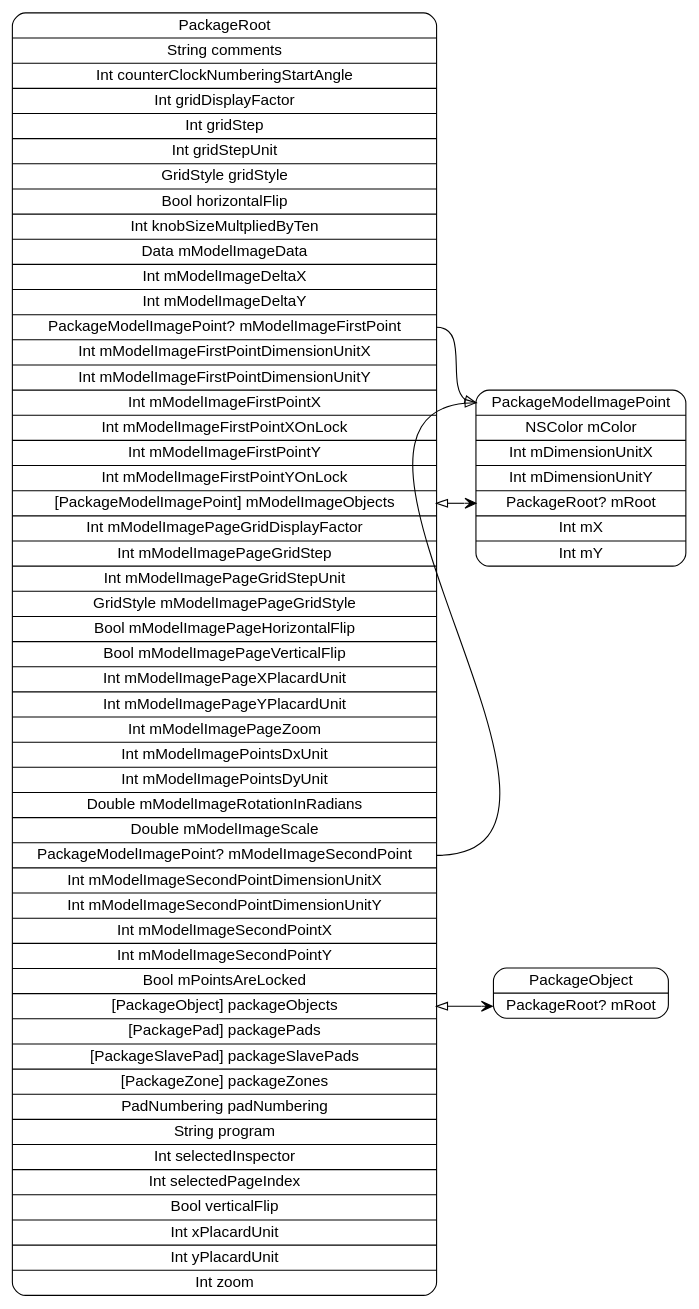
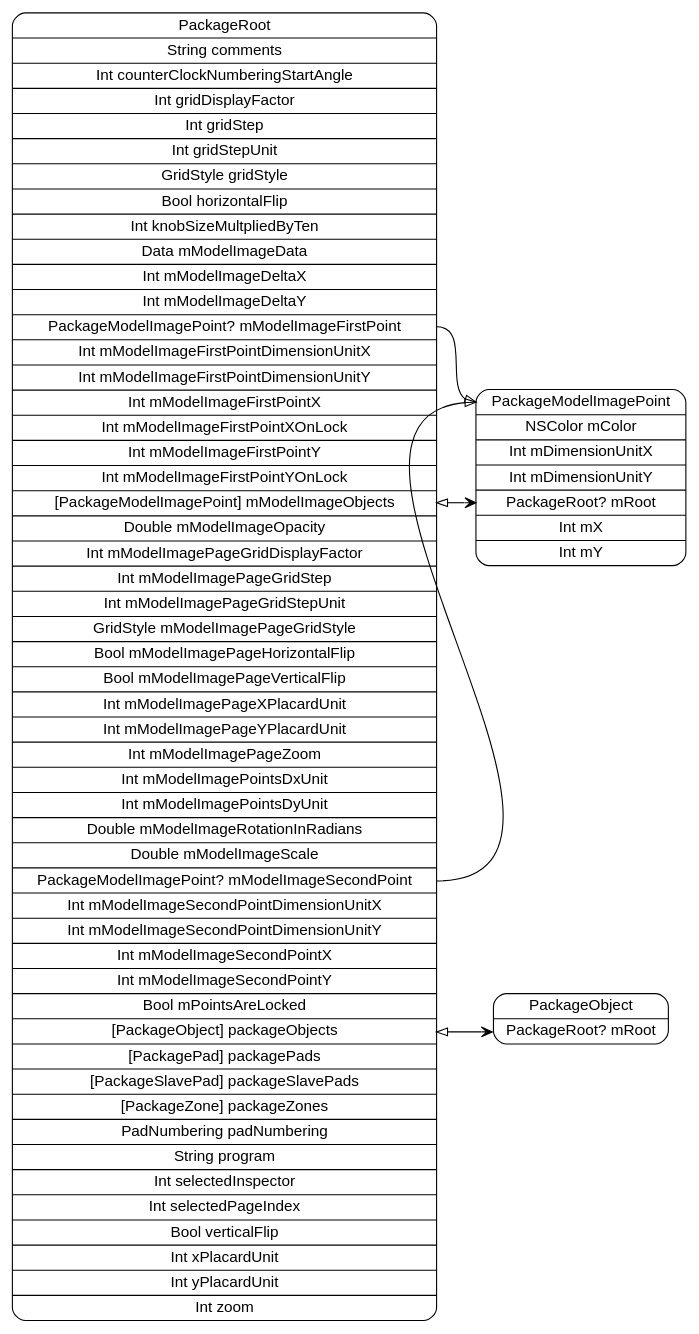
Before and after one commit to pierremolinaro/ElCanari-dev: the diagram in models/PackageRoot.dot, drawn with Graphviz. The commit also changed 18 other files, not shown here.

Commit message:
Package model image : added opacity binding

```diff
--- a/models/PackageRoot.dot
+++ b/models/PackageRoot.dot
@@ -1,11 +1,11 @@
 digraph G {
   rankdir=LR ;
   node [shape=record fontname=helvetica style=rounded] ;
-  PackageRoot[label="<PackageRoot>PackageRoot|String comments|Int counterClockNumberingStartAngle|Int gridDisplayFactor|Int gridStep|Int gridStepUnit|GridStyle gridStyle|Bool horizontalFlip|Int knobSizeMultpliedByTen|Data mModelImageData|Int mModelImageDeltaX|Int mModelImageDeltaY|<mModelImageFirstPoint>PackageModelImagePoint? mModelImageFirstPoint|Int mModelImageFirstPointDimensionUnitX|Int mModelImageFirstPointDimensionUnitY|Int mModelImageFirstPointX|Int mModelImageFirstPointXOnLock|Int mModelImageFirstPointY|Int mModelImageFirstPointYOnLock|<mModelImageObjects>[PackageModelImagePoint] mModelImageObjects|Int mModelImagePageGridDisplayFactor|Int mModelImagePageGridStep|Int mModelImagePageGridStepUnit|GridStyle mModelImagePageGridStyle|Bool mModelImagePageHorizontalFlip|Bool mModelImagePageVerticalFlip|Int mModelImagePageXPlacardUnit|Int mModelImagePageYPlacardUnit|Int mModelImagePageZoom|Int mModelImagePointsDxUnit|Int mModelImagePointsDyUnit|Double mModelImageRotationInRadians|Double mModelImageScale|<mModelImageSecondPoint>PackageModelImagePoint? mModelImageSecondPoint|Int mModelImageSecondPointDimensionUnitX|Int mModelImageSecondPointDimensionUnitY|Int mModelImageSecondPointX|Int mModelImageSecondPointY|Bool mPointsAreLocked|<packageObjects>[PackageObject] packageObjects|<packagePads>[PackagePad] packagePads|<packageSlavePads>[PackageSlavePad] packageSlavePads|<packageZones>[PackageZone] packageZones|PadNumbering padNumbering|String program|Int selectedInspector|Int selectedPageIndex|Bool verticalFlip|Int xPlacardUnit|Int yPlacardUnit|Int zoom"] ;
+  PackageRoot[label="<PackageRoot>PackageRoot|String comments|Int counterClockNumberingStartAngle|Int gridDisplayFactor|Int gridStep|Int gridStepUnit|GridStyle gridStyle|Bool horizontalFlip|Int knobSizeMultpliedByTen|Data mModelImageData|Int mModelImageDeltaX|Int mModelImageDeltaY|<mModelImageFirstPoint>PackageModelImagePoint? mModelImageFirstPoint|Int mModelImageFirstPointDimensionUnitX|Int mModelImageFirstPointDimensionUnitY|Int mModelImageFirstPointX|Int mModelImageFirstPointXOnLock|Int mModelImageFirstPointY|Int mModelImageFirstPointYOnLock|<mModelImageObjects>[PackageModelImagePoint] mModelImageObjects|Double mModelImageOpacity|Int mModelImagePageGridDisplayFactor|Int mModelImagePageGridStep|Int mModelImagePageGridStepUnit|GridStyle mModelImagePageGridStyle|Bool mModelImagePageHorizontalFlip|Bool mModelImagePageVerticalFlip|Int mModelImagePageXPlacardUnit|Int mModelImagePageYPlacardUnit|Int mModelImagePageZoom|Int mModelImagePointsDxUnit|Int mModelImagePointsDyUnit|Double mModelImageRotationInRadians|Double mModelImageScale|<mModelImageSecondPoint>PackageModelImagePoint? mModelImageSecondPoint|Int mModelImageSecondPointDimensionUnitX|Int mModelImageSecondPointDimensionUnitY|Int mModelImageSecondPointX|Int mModelImageSecondPointY|Bool mPointsAreLocked|<packageObjects>[PackageObject] packageObjects|<packagePads>[PackagePad] packagePads|<packageSlavePads>[PackageSlavePad] packageSlavePads|<packageZones>[PackageZone] packageZones|PadNumbering padNumbering|String program|Int selectedInspector|Int selectedPageIndex|Bool verticalFlip|Int xPlacardUnit|Int yPlacardUnit|Int zoom"] ;
   PackageObject[label="<PackageObject>PackageObject|<mRoot>PackageRoot? mRoot"] ;
   PackageModelImagePoint[label="<PackageModelImagePoint>PackageModelImagePoint|NSColor mColor|Int mDimensionUnitX|Int mDimensionUnitY|<mRoot>PackageRoot? mRoot|Int mX|Int mY"] ;
   PackageRoot:mModelImageFirstPoint -> PackageModelImagePoint:PackageModelImagePoint [dir=both arrowtail=none arrowhead=onormal] ;
   PackageRoot:mModelImageObjects -> PackageModelImagePoint:mRoot [dir=both arrowtail=onormal arrowhead=vee] ;
   PackageRoot:mModelImageSecondPoint -> PackageModelImagePoint:PackageModelImagePoint [dir=both arrowtail=none arrowhead=onormal] ;
   PackageRoot:packageObjects -> PackageObject:mRoot [dir=both arrowtail=onormal arrowhead=vee] ;
 }
```
